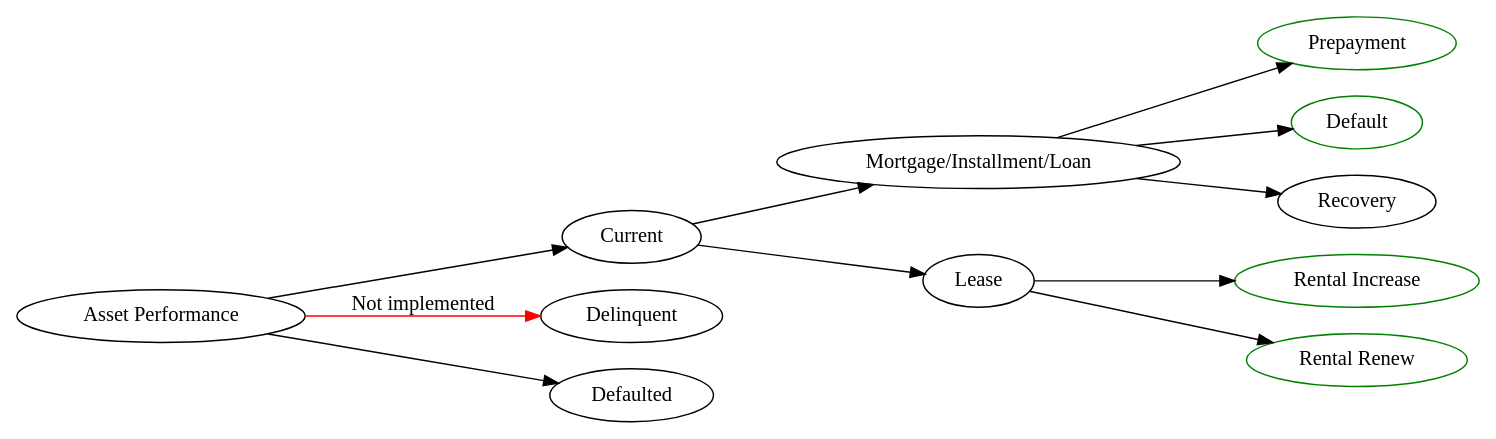
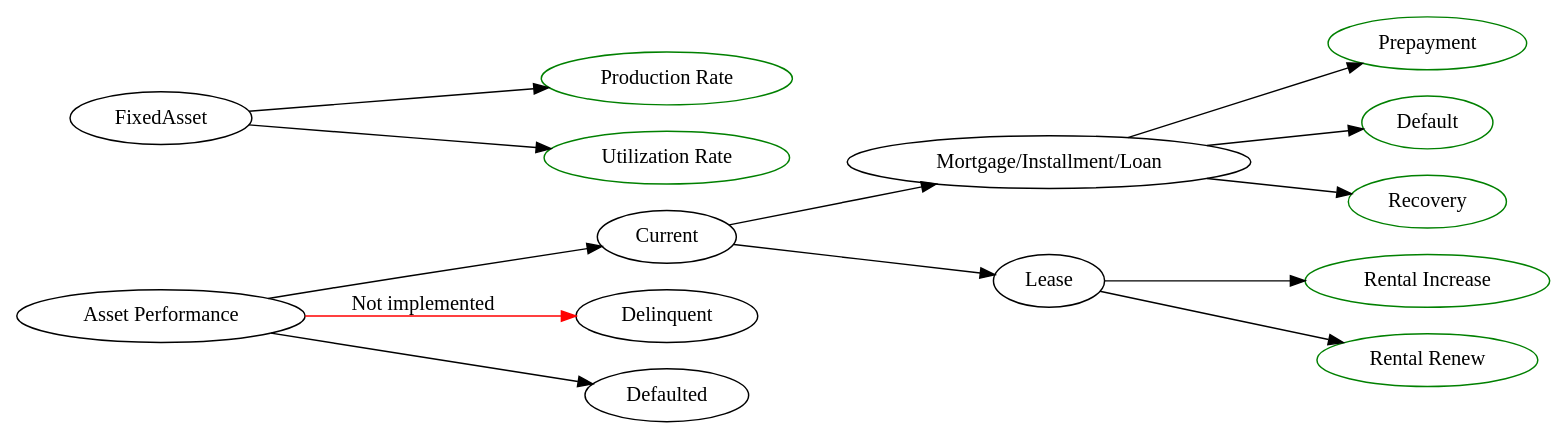
The diagram in docs/source/analytics.rst (yellowbean/absbox-doc), drawn with Graphviz before and after one commit. The commit also changed other lines of this file, not shown here.

Commit message:
include fixed asset

```diff
--- a/docs/source/analytics.rst
+++ b/docs/source/analytics.rst
@@ -45,23 +45,28 @@
 .. graphviz::
     :name: sphinx.ext.graphviz
     :caption: pool assumption
     :alt: pool assumption
     :align: center
  
     digraph {
         rankdir = LR
         "Asset Performance" -> "Current"
         "Current" -> "Mortgage/Installment/Loan"
         "Mortgage/Installment/Loan" -> "Prepayment" 
         "Mortgage/Installment/Loan" -> "Default"
         "Mortgage/Installment/Loan" -> "Recovery"
         "Current" -> "Lease"
         "Lease" -> "Rental Increase"
         "Lease" -> "Rental Renew"
+        "FixedAsset" -> "Production Rate"
+        "FixedAsset" -> "Utilization Rate"
         "Asset Performance" -> "Delinquent" [label="Not implemented","color"="red"]
         "Asset Performance" -> "Defaulted" 
         "Prepayment" ["color"="green"]
         "Default" ["color"="green"]
+        "Recovery" ["color"="green"]
         "Rental Renew" ["color"="green"]
         "Rental Increase" ["color"="green"]
+        "Production Rate" ["color"="green"]
+        "Utilization Rate" ["color"="green"]
     }
```
